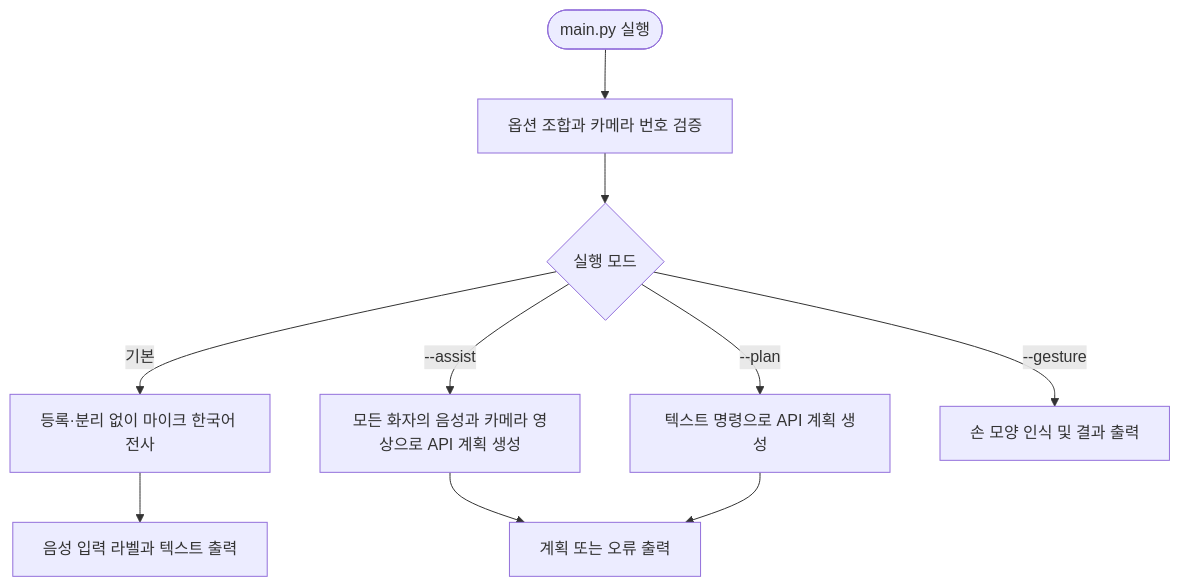
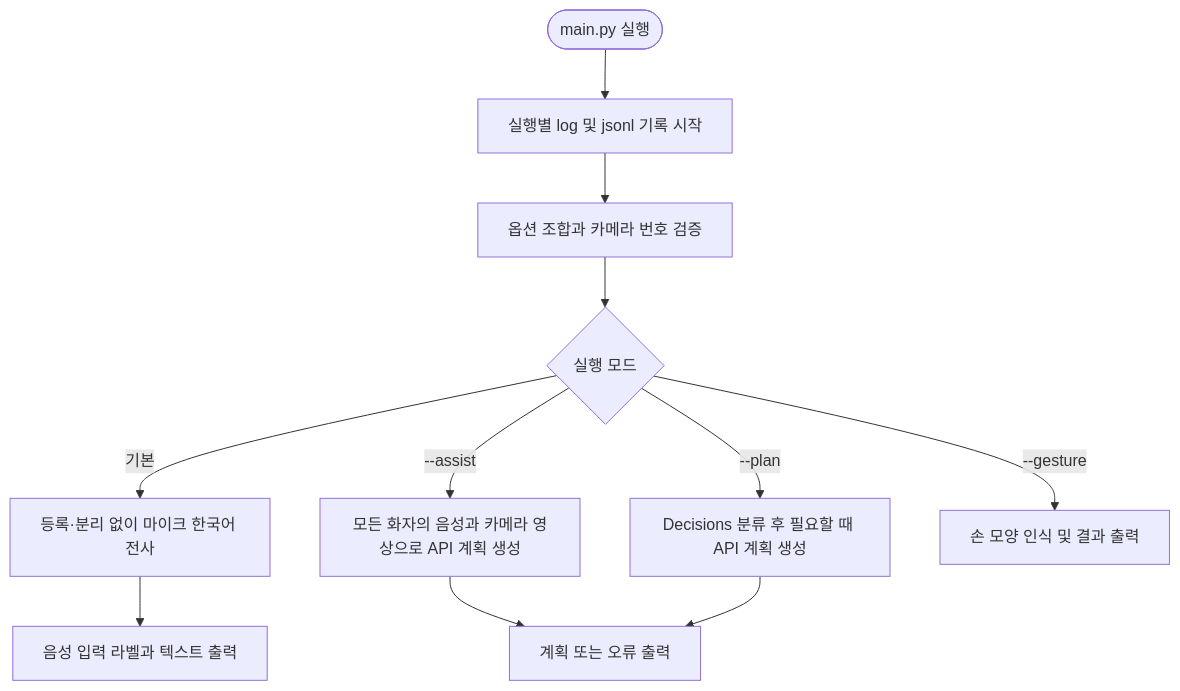
Before and after one commit to pyhearts/ROBOTPAL: the first of 7 diagrams in FLOWCHART.md, drawn with Mermaid. The commit also changed other lines of this file and 12 other files, not shown here.

````diff
--- a/FLOWCHART.md
+++ b/FLOWCHART.md
@@ -7,12 +7,13 @@
 ```mermaid
 flowchart TD
-    A([main.py 실행]) --> B[옵션 조합과 카메라 번호 검증]
+    A([main.py 실행]) --> LOG[실행별 log 및 jsonl 기록 시작]
+    LOG --> B[옵션 조합과 카메라 번호 검증]
     B --> C{실행 모드}
     C -->|기본| D[등록·분리 없이 마이크 한국어 전사]
     D --> E[음성 입력 라벨과 텍스트 출력]
     C -->|--assist| F[모든 화자의 음성과 카메라 영상으로 API 계획 생성]
-    C -->|--plan| G[텍스트 명령으로 API 계획 생성]
+    C -->|--plan| G[Decisions 분류 후 필요할 때 API 계획 생성]
     C -->|--gesture| H[손 모양 인식 및 결과 출력]
     F --> I[계획 또는 오류 출력]
     G --> I
 ```
````
